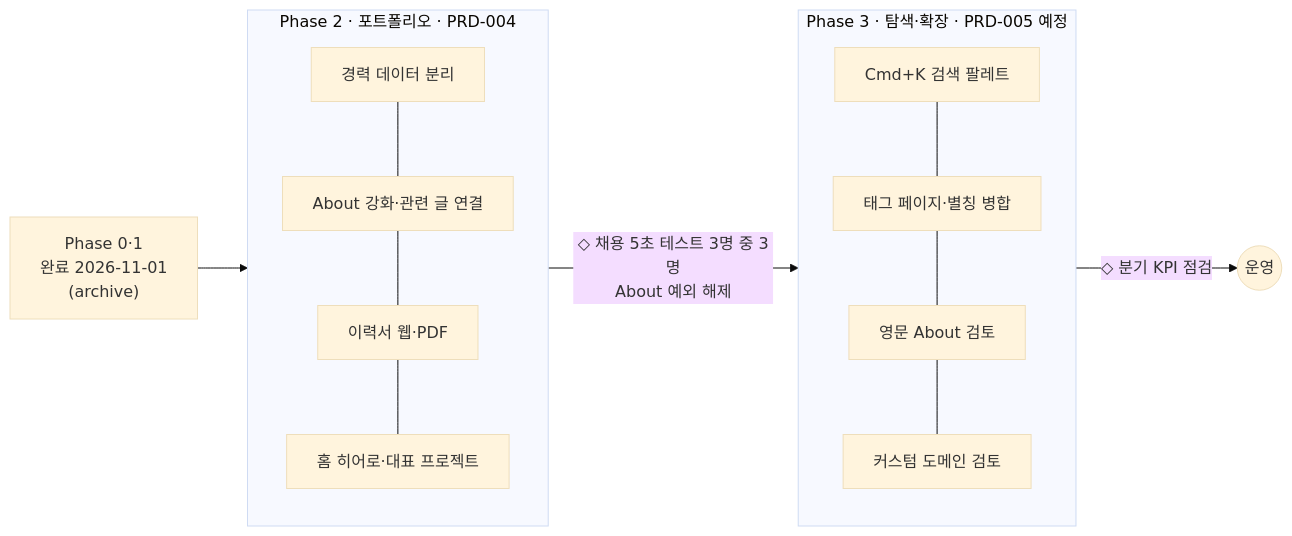
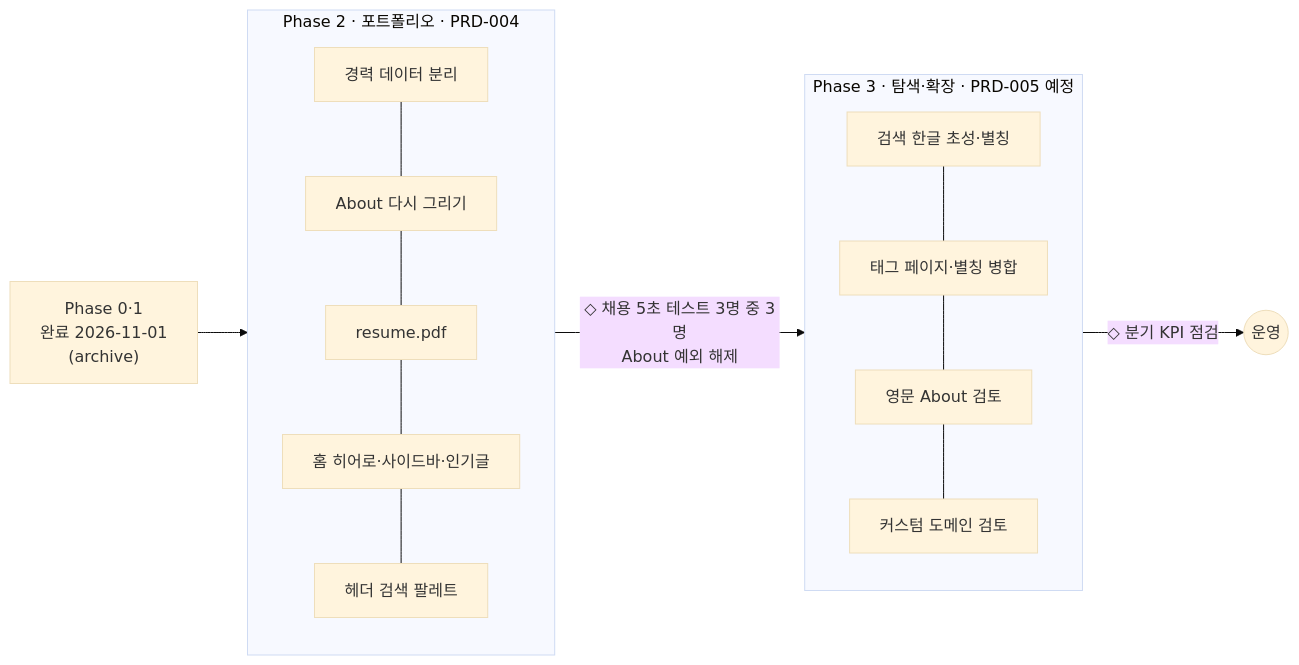
Before and after one commit to comstering/comstering.github.io: the second of 2 diagrams in cowork/prd/001_site_master-plan.md, drawn with Mermaid (base theme). The commit also changed other lines of this file and 37 other files, not shown here.

````diff
--- a/cowork/prd/001_site_master-plan.md
+++ b/cowork/prd/001_site_master-plan.md
@@ -229,14 +235,14 @@
 ```mermaid
 flowchart LR
     done["Phase 0·1<br/>완료 2026-11-01<br/>(archive)"] --> P2
     subgraph P2["Phase 2 · 포트폴리오 · PRD-004"]
         direction TB
-        p2a[경력 데이터 분리] --- p2b[About 강화·관련 글 연결] --- p2c[이력서 웹·PDF] --- p2d[홈 히어로·대표 프로젝트]
+        p2a[경력 데이터 분리] --- p2b[About 다시 그리기] --- p2c[resume.pdf] --- p2d[홈 히어로·사이드바·인기글] --- p2e[헤더 검색 팔레트]
     end
     subgraph P3["Phase 3 · 탐색·확장 · PRD-005 예정"]
         direction TB
-        p3a[Cmd+K 검색 팔레트] --- p3b[태그 페이지·별칭 병합] --- p3c[영문 About 검토] --- p3d[커스텀 도메인 검토]
+        p3a[검색 한글 초성·별칭] --- p3b[태그 페이지·별칭 병합] --- p3c[영문 About 검토] --- p3d[커스텀 도메인 검토]
     end
     P2 -->|"◇ 채용 5초 테스트 3명 중 3명<br/>About 예외 해제"| P3
     P3 -->|"◇ 분기 KPI 점검"| KPI((운영))
 ```
````
